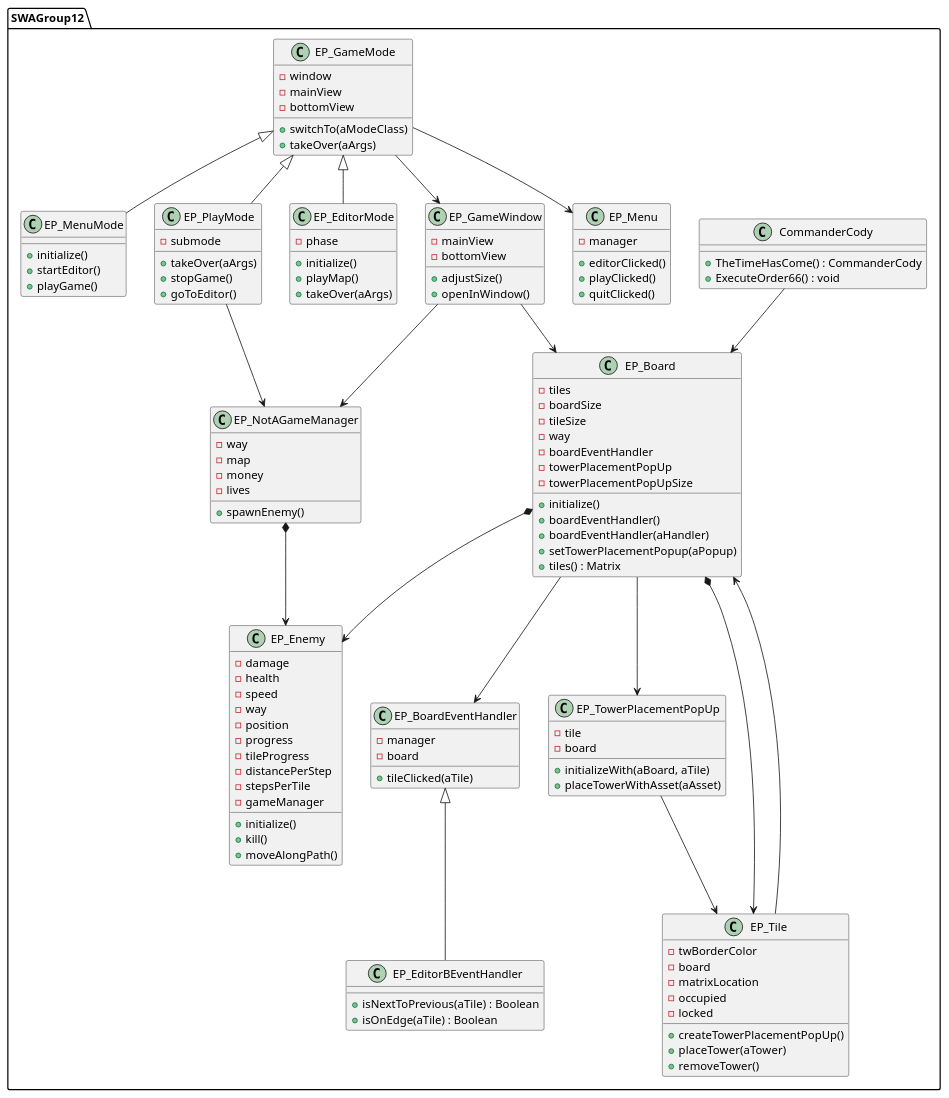
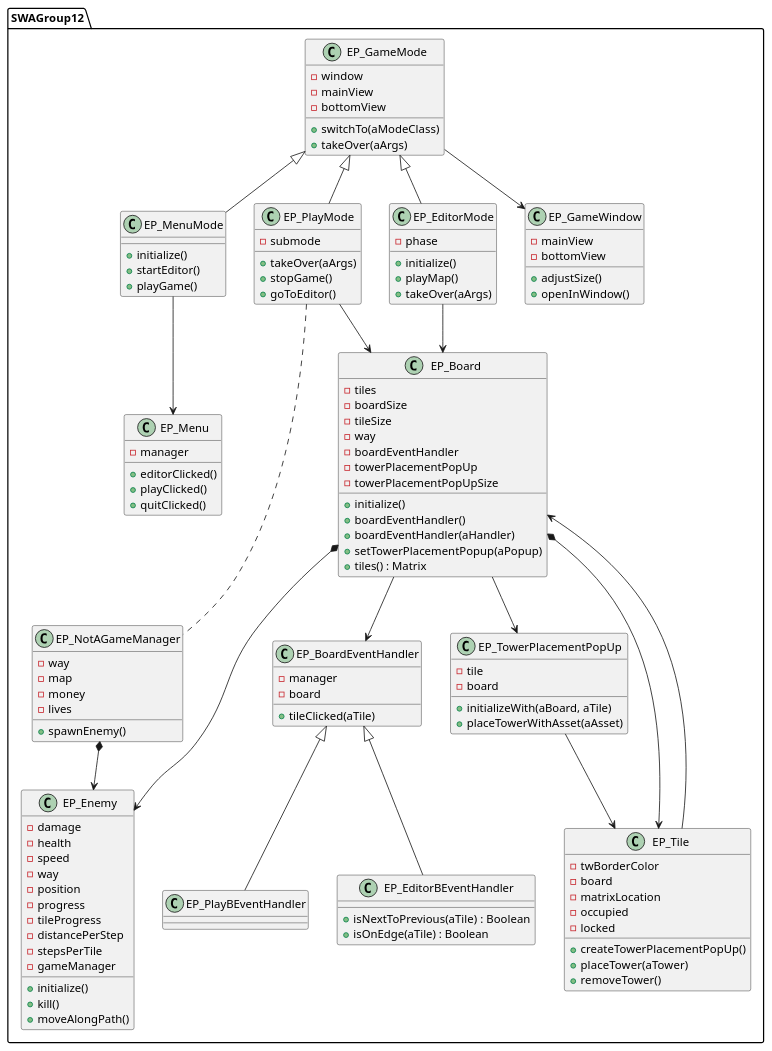
Before and after one commit to tobiashornbogen/swa_misc: the diagram in diagram.puml, drawn with PlantUML. The commit also changed 1 other file, not shown here.

```diff
--- a/diagram.puml
+++ b/diagram.puml
@@ -1,140 +1,139 @@
 @startuml
 
 package SWAGroup12 {
 
-    class CommanderCody {
-        +TheTimeHasCome() : CommanderCody
-        +ExecuteOrder66() : void
-    }
 
     class EP_Board {
         -tiles
         -boardSize
         -tileSize
         -way
         -boardEventHandler
         -towerPlacementPopUp
         -towerPlacementPopUpSize
         +initialize()
         +boardEventHandler()
         +boardEventHandler(aHandler)
         +setTowerPlacementPopup(aPopup)
         +tiles() : Matrix
     }
 
     class EP_Tile {
         -twBorderColor
         -board
         -matrixLocation
         -occupied
         -locked
         +createTowerPlacementPopUp()
         +placeTower(aTower)
         +removeTower()
     }
 
     class EP_Enemy {
         -damage
         -health
         -speed
         -way
         -position
         -progress
         -tileProgress
         -distancePerStep
         -stepsPerTile
         -gameManager
         +initialize()
         +kill()
         +moveAlongPath()
     }
 
     class EP_BoardEventHandler {
         -manager
         -board
         +tileClicked(aTile)
     }
 
     class EP_EditorBEventHandler {
         +isNextToPrevious(aTile) : Boolean
         +isOnEdge(aTile) : Boolean
+    }
+
+    class EP_PlayBEventHandler {
     }
 
     class EP_TowerPlacementPopUp {
         -tile
         -board
         +initializeWith(aBoard, aTile)
         +placeTowerWithAsset(aAsset)
     }
 
     class EP_GameMode {
         -window
         -mainView
         -bottomView
         +switchTo(aModeClass)
         +takeOver(aArgs)
     }
 
     class EP_Menu {
         -manager
         +editorClicked()
         +playClicked()
         +quitClicked()
     }
 
     class EP_MenuMode {
         +initialize()
         +startEditor()
         +playGame()
     }
 
     class EP_PlayMode {
         -submode
         +takeOver(aArgs)
         +stopGame()
         +goToEditor()
     }
 
     class EP_EditorMode {
         -phase
         +initialize()
         +playMap()
         +takeOver(aArgs)
     }
 
     class EP_GameWindow {
         -mainView
         -bottomView
         +adjustSize()
         +openInWindow()
     }
 
     class EP_NotAGameManager {
         -way
         -map
         -money
         -lives
         +spawnEnemy()
     }
 
-    CommanderCody --> EP_Board
     EP_Board *--> EP_Tile
     EP_Board --> EP_BoardEventHandler
     EP_BoardEventHandler <|-- EP_EditorBEventHandler
+    EP_BoardEventHandler <|-- EP_PlayBEventHandler
     EP_Board *--> EP_Enemy
     EP_Board --> EP_TowerPlacementPopUp
     EP_GameMode <|-- EP_MenuMode
     EP_GameMode <|-- EP_EditorMode
     EP_GameMode <|-- EP_PlayMode
-    EP_GameMode --> EP_Menu
+    EP_MenuMode --> EP_Menu
     EP_GameMode --> EP_GameWindow
-    EP_GameWindow --> EP_Board
-    EP_GameWindow --> EP_NotAGameManager
-    EP_PlayMode --> EP_NotAGameManager
+    EP_PlayMode --> EP_Board
+    EP_EditorMode --> EP_Board
+    EP_PlayMode ... EP_NotAGameManager
     EP_NotAGameManager *--> EP_Enemy
     EP_TowerPlacementPopUp --> EP_Tile
     EP_Tile --> EP_Board
 
 }
 
 @enduml
```
